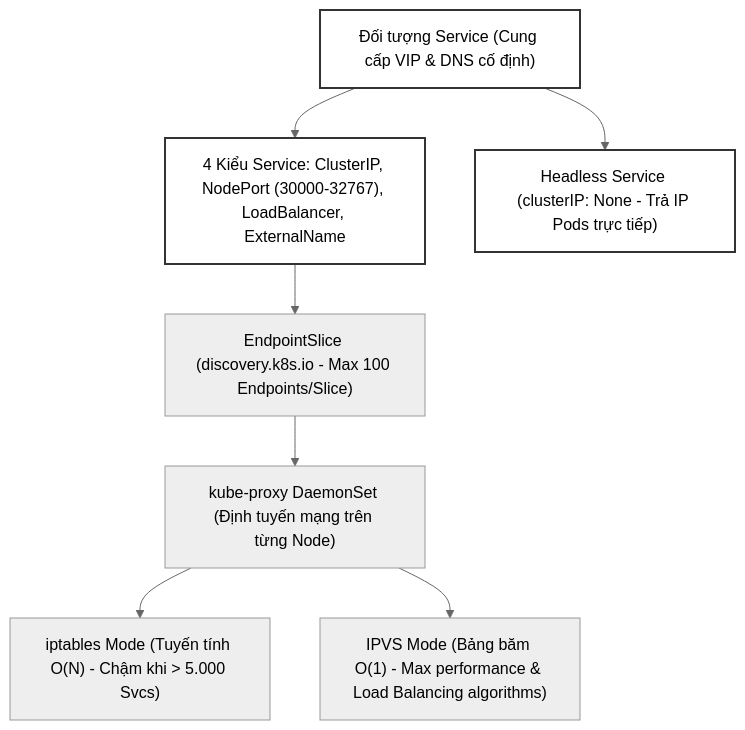
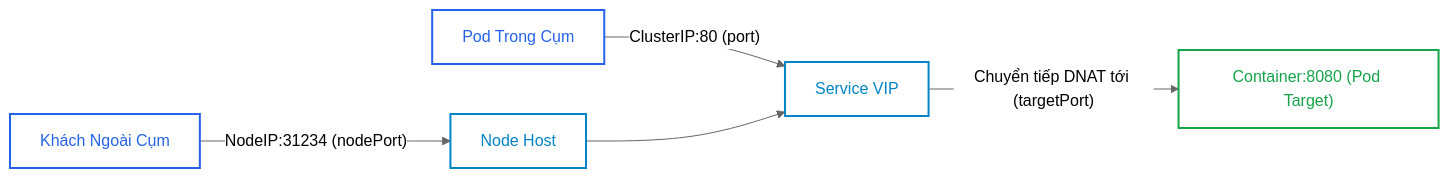
Before and after one commit to kiennt308/ntk: the second of 3 diagrams in _posts/2026-09-12-cka-22-22-service-va-kube-proxy.md, drawn with Mermaid (neutral theme). The commit also changed other lines of this file and 39 other files, not shown here.

````diff
--- a/_posts/2026-09-12-cka-22-22-service-va-kube-proxy.md
+++ b/_posts/2026-09-12-cka-22-22-service-va-kube-proxy.md
@@ -403,15 +80,15 @@
 ```mermaid
-graph TD
-    A["Đối tượng Service (Cung cấp VIP & DNS cố định)"] --> B["4 Kiểu Service: ClusterIP, NodePort (30000-32767), LoadBalancer, ExternalName"]
-    A --> C["Headless Service (clusterIP: None - Trả IP Pods trực tiếp)"]
+graph LR
+    ClientExt["Khách Ngoài Cụm"] -->|"NodeIP:31234 (nodePort)"| Node["Node Host"]
+    ClientInt["Pod Trong Cụm"] -->|"ClusterIP:80 (port)"| Svc["Service VIP"]
     
-    B --> D["EndpointSlice (discovery.k8s.io - Max 100 Endpoints/Slice)"]
-    D --> E["kube-proxy DaemonSet (Định tuyến mạng trên từng Node)"]
-    
-    E --> F["iptables Mode (Tuyến tính O(N) - Chậm khi > 5.000 Svcs)"]
-    E --> G["IPVS Mode (Bảng băm O(1) - Max performance & Load Balancing algorithms)"]
+    Node --> Svc
+    Svc -->|"Chuyển tiếp DNAT tới (targetPort)"| Container["Container:8080 (Pod Target)"]
 
-    style A fill:none,stroke:#333,stroke-width:2px
-    style B fill:none,stroke:#333,stroke-width:2px
-    style C fill:none,stroke:#333,stroke-width:2px
+    classDef cStyle fill:none,stroke:#2563eb,stroke-width:2px,color:#2563eb;
+    classDef sStyle fill:none,stroke:#0284c7,stroke-width:2px,color:#0284c7;
+    classDef pStyle fill:none,stroke:#16a34a,stroke-width:2px,color:#16a34a;
+    class ClientExt,ClientInt cStyle;
+    class Node,Svc sStyle;
+    class Container pStyle;
 ```
````
